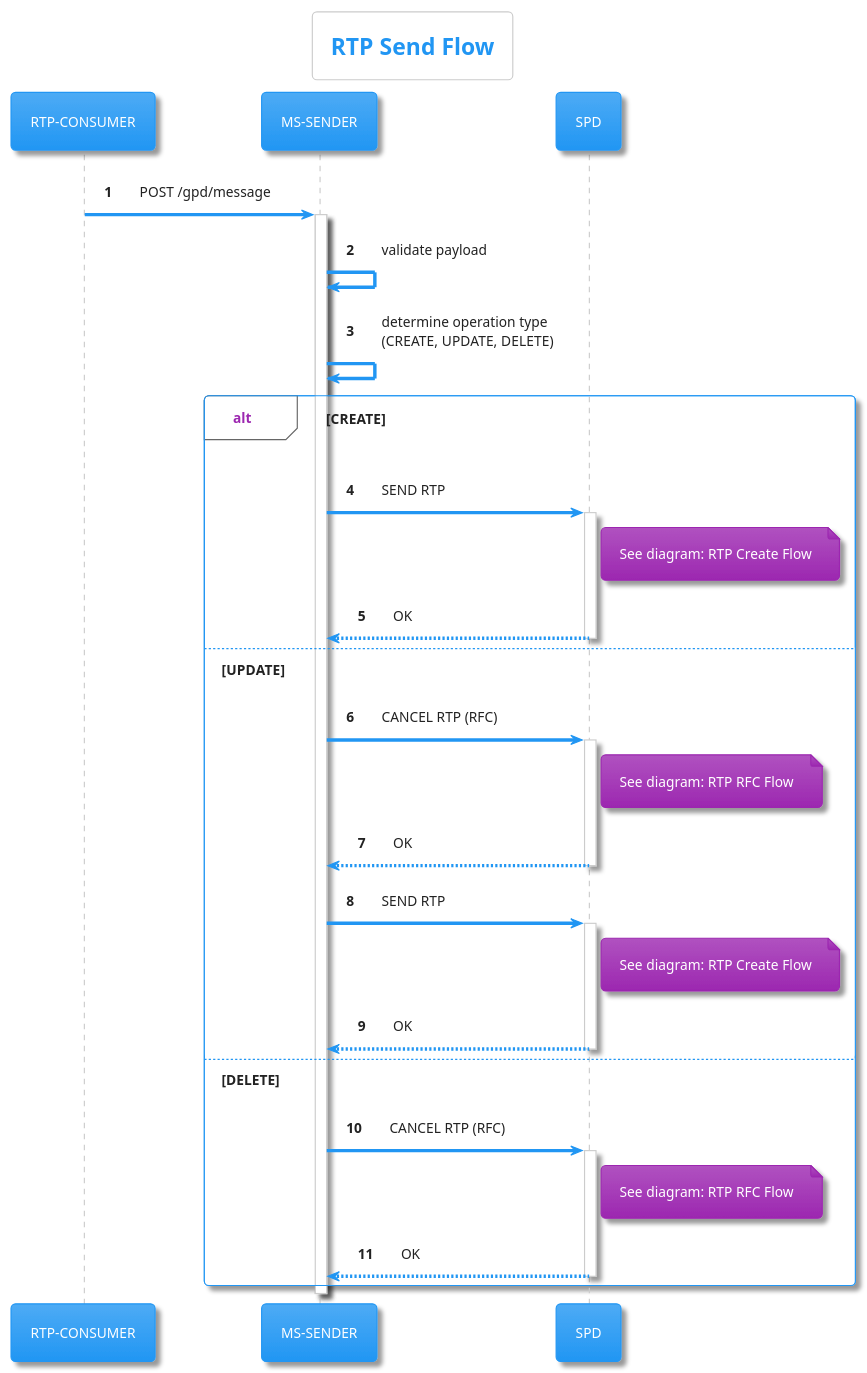
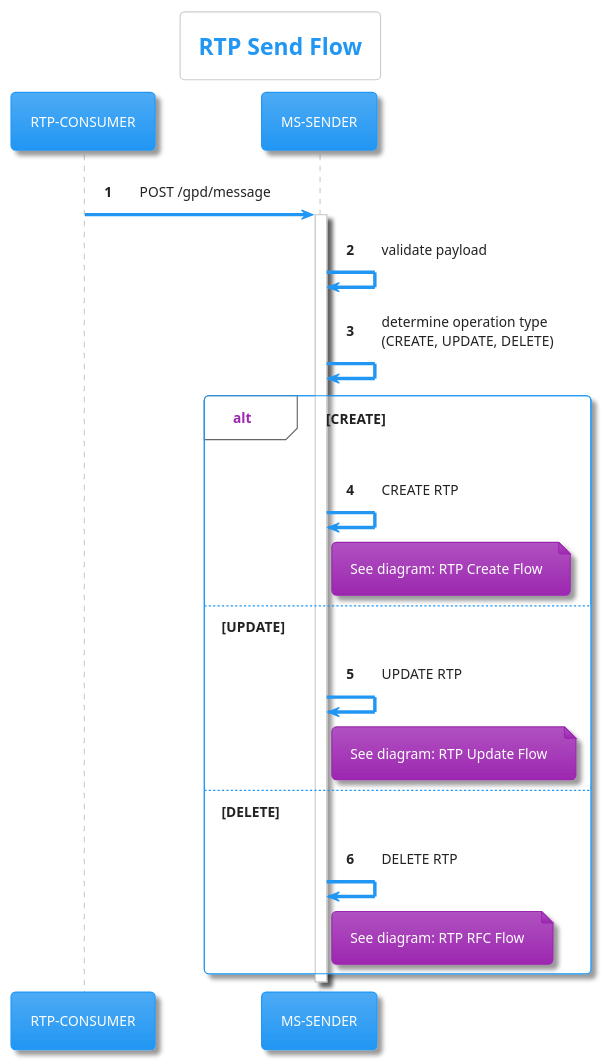
The diagram in diagrams/send.puml (pagopa/rtp-docs), drawn with PlantUML before and after one commit.

Commit message:
SRTP-1229 update RTP operation flow in send diagram

```diff
--- a/diagrams/send.puml
+++ b/diagrams/send.puml
@@ -1,48 +1,40 @@
 @startuml
 !theme materia
 
 title RTP Send Flow
 
 participant "RTP-CONSUMER" as CONSUMER
 participant "MS-SENDER" as SENDER
-participant "SPD" as SPD
 
 autonumber
 
 CONSUMER -> SENDER: POST /gpd/message
 activate SENDER
 
 SENDER -> SENDER: validate payload
 
 SENDER -> SENDER: determine operation type\n(CREATE, UPDATE, DELETE)
 
 alt CREATE
-    SENDER -> SPD: SEND RTP
-    note right of SPD: See diagram: RTP Create Flow
-    activate SPD
-    SPD --> SENDER: OK
-    deactivate SPD
+    SENDER -> SENDER: CREATE RTP
+    note right of SENDER
+      See diagram: RTP Create Flow
+    end note
 
 else UPDATE
-    SENDER -> SPD: CANCEL RTP (RFC)
-    note right of SPD: See diagram: RTP RFC Flow
-    activate SPD
-    SPD --> SENDER: OK
-    deactivate SPD
-    SENDER -> SPD: SEND RTP
-    note right of SPD: See diagram: RTP Create Flow
-    activate SPD
-    SPD --> SENDER: OK
-    deactivate SPD
+    SENDER -> SENDER: UPDATE RTP
+    note right of SENDER
+      See diagram: RTP Update Flow
+    end note
 
 else DELETE
-    SENDER -> SPD: CANCEL RTP (RFC)
-    note right of SPD: See diagram: RTP RFC Flow
-    activate SPD
-    SPD --> SENDER: OK
-    deactivate SPD
+    SENDER -> SENDER: DELETE RTP
+    note right of SENDER
+      See diagram: RTP RFC Flow
+    end note
 end
+
 
 deactivate SENDER
 
 @enduml
```
